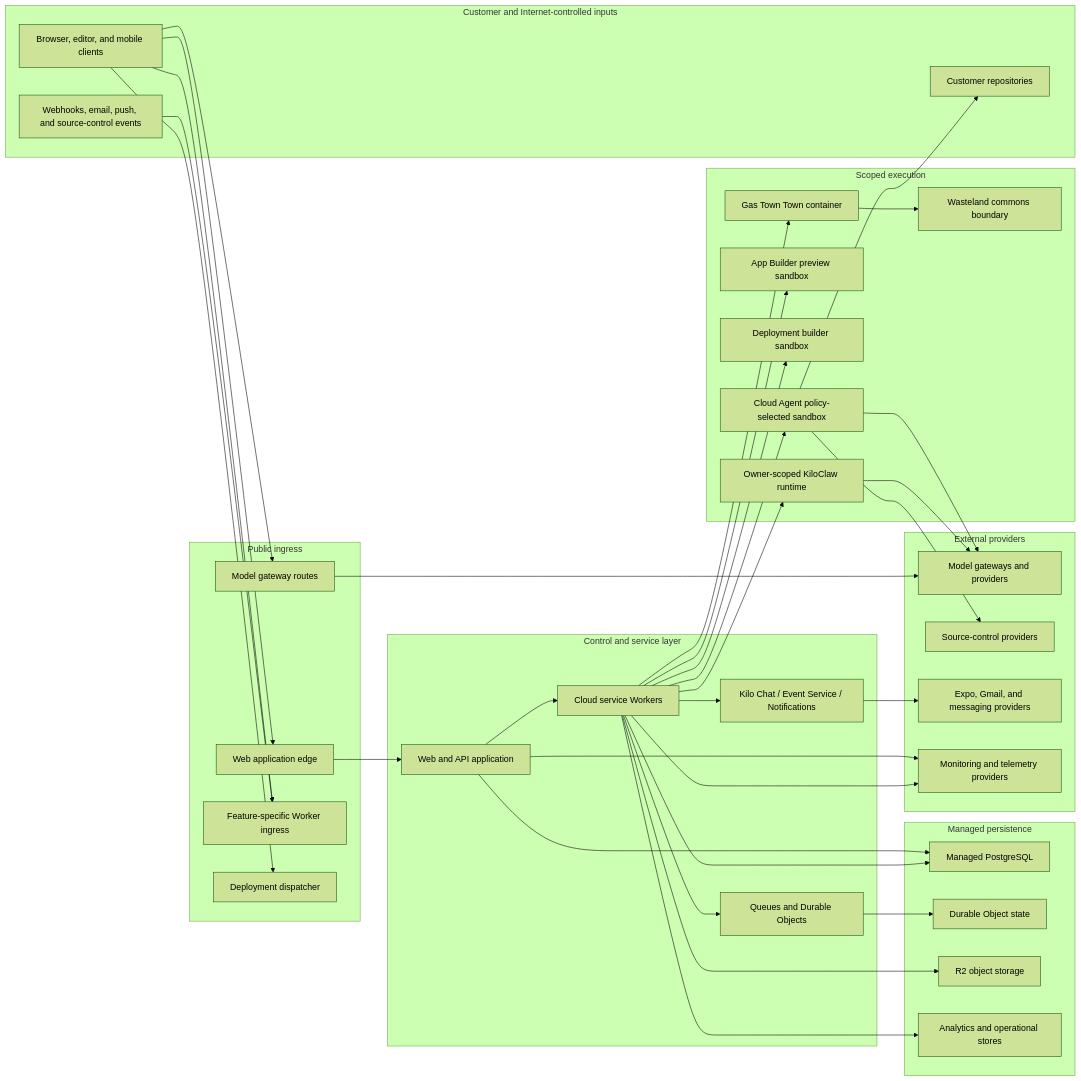
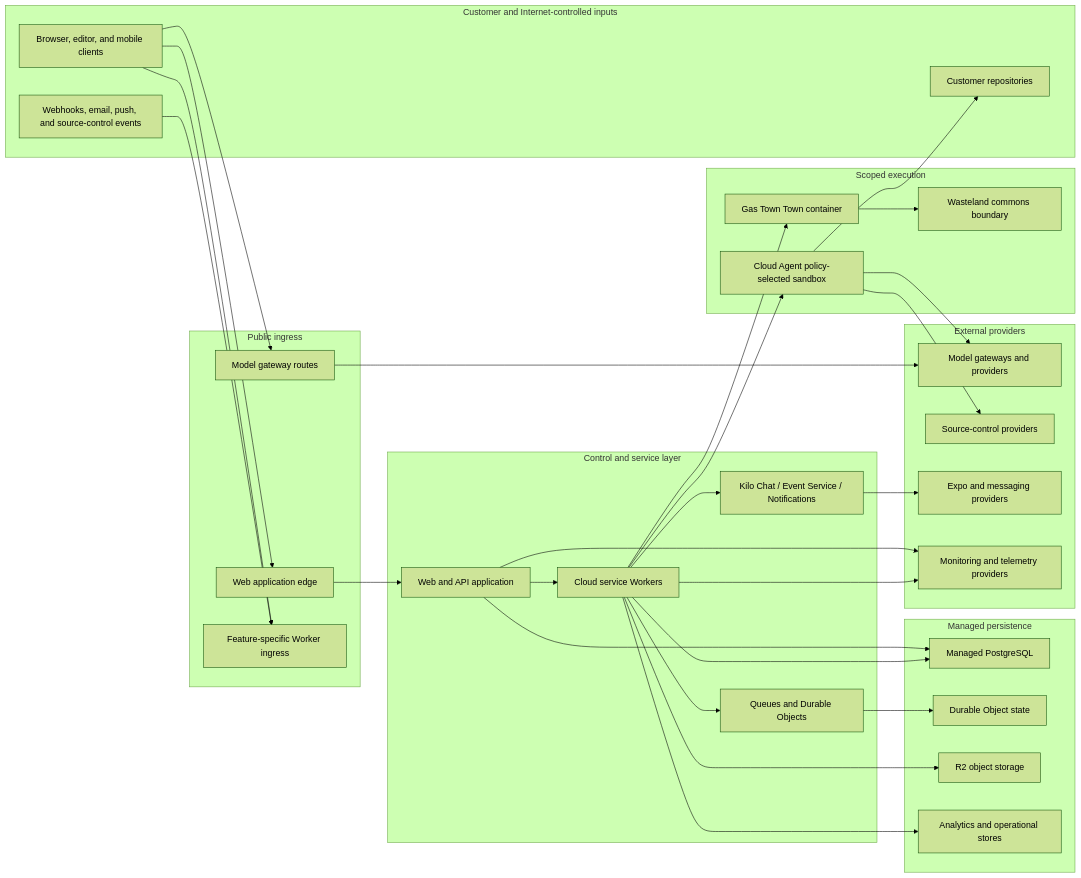
The first of 4 diagrams in packages/kilo-docs/pages/contributing/architecture/cloud-security.md (Kilo-Org/kilocode), drawn with Mermaid (forest theme) before and after one commit. The commit also changed other lines of this file and 14 other files, not shown here.

First line of the commit message:
docs: remove sunset KiloClaw and App Builder

````diff
--- a/packages/kilo-docs/pages/contributing/architecture/cloud-security.md
+++ b/packages/kilo-docs/pages/contributing/architecture/cloud-security.md
@@ -33,70 +31,61 @@
 ```mermaid
 flowchart LR
   subgraph customer["Customer and Internet-controlled inputs"]
     clients["Browser, editor, and mobile clients"]
     repos["Customer repositories"]
     integrations["Webhooks, email, push, and source-control events"]
   end
 
   subgraph public["Public ingress"]
     webEdge["Web application edge"]
     gateway["Model gateway routes"]
     cloudEdge["Feature-specific Worker ingress"]
-    deployEdge["Deployment dispatcher"]
   end
 
   subgraph control["Control and service layer"]
     web["Web and API application"]
     workers["Cloud service Workers"]
     chat["Kilo Chat / Event Service / Notifications"]
     async["Queues and Durable Objects"]
   end
 
   subgraph execution["Scoped execution"]
     agent["Cloud Agent policy-selected sandbox"]
-    preview["App Builder preview sandbox"]
-    build["Deployment builder sandbox"]
-    claw["Owner-scoped KiloClaw runtime"]
     town["Gas Town Town container"]
     wasteland["Wasteland commons boundary"]
   end
 
   subgraph stores["Managed persistence"]
     postgres["Managed PostgreSQL"]
     durable["Durable Object state"]
     objects["R2 object storage"]
     analytics["Analytics and operational stores"]
   end
 
   subgraph providers["External providers"]
     model["Model gateways and providers"]
     source["Source-control providers"]
-    messaging["Expo, Gmail, and messaging providers"]
+    messaging["Expo and messaging providers"]
     telemetry["Monitoring and telemetry providers"]
   end
 
   clients --> webEdge --> web
   clients --> gateway --> model
   clients --> cloudEdge
   integrations --> cloudEdge
-  clients --> deployEdge
   web --> workers
   workers --> async --> durable
   workers --> chat
   workers --> agent
-  workers --> preview
-  workers --> build
-  workers --> claw
   workers --> town --> wasteland
   agent --> repos
   agent --> source
   agent --> model
-  claw --> model
   chat --> messaging
   web --> postgres
   workers --> postgres
   workers --> objects
   workers --> analytics
   web --> telemetry
   workers --> telemetry
 ```
````
